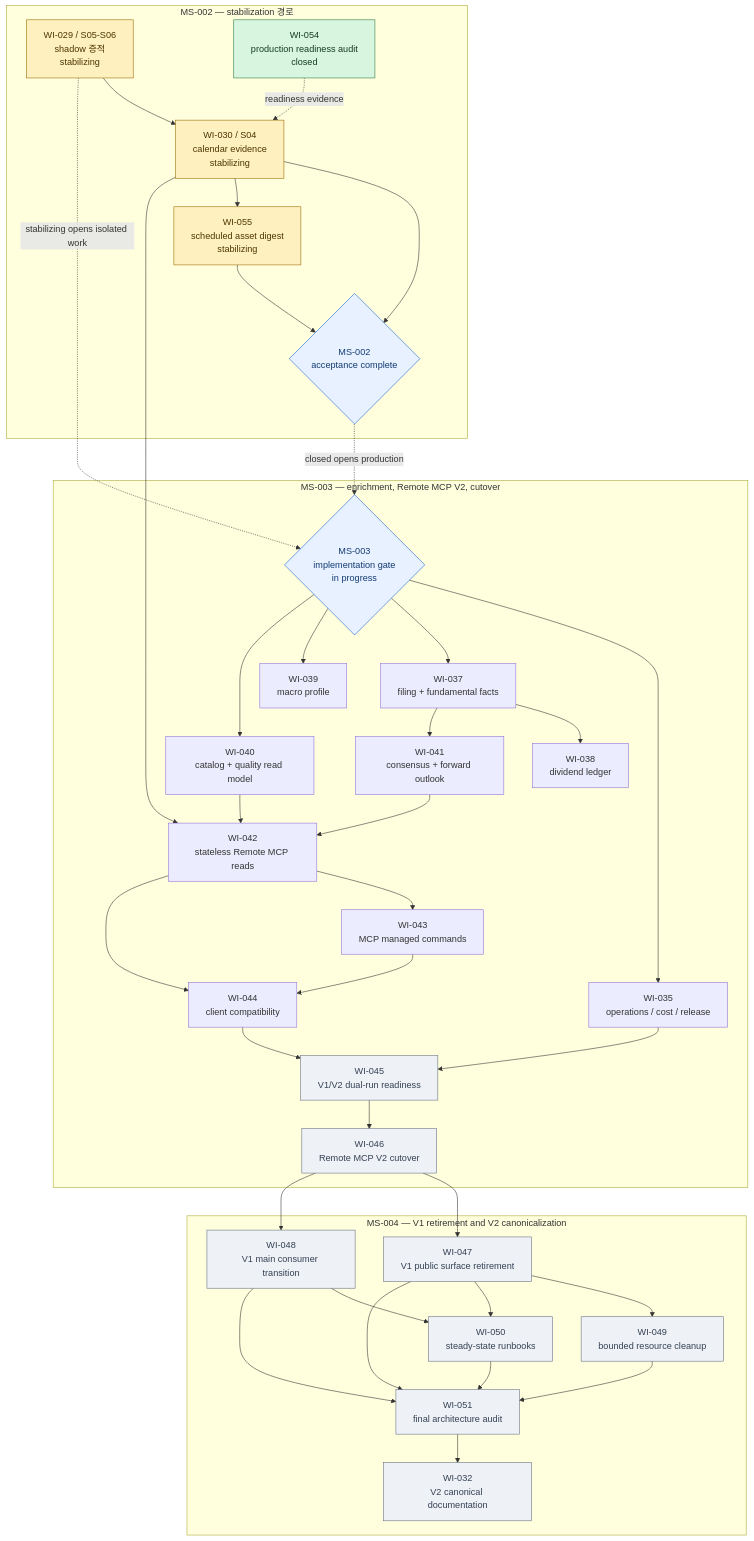
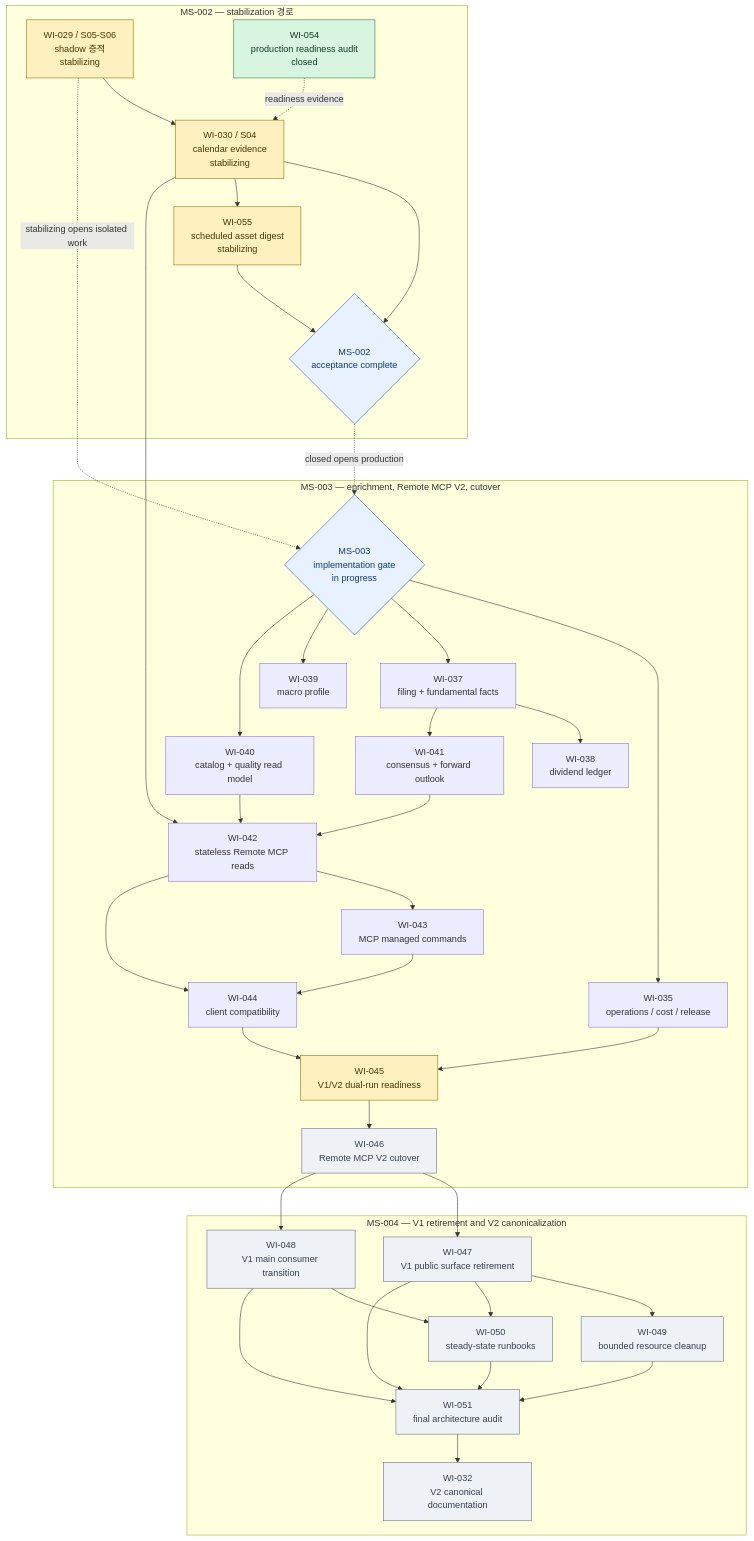
The third of 3 diagrams in docs/milestones/README.md (meringue5/KIS_Portfolio_MCP), drawn with Mermaid before and after one commit. The commit also changed other lines of this file and 3 other files, not shown here.

````diff
--- a/docs/milestones/README.md
+++ b/docs/milestones/README.md
@@ -144,80 +144,81 @@
 ```mermaid
 flowchart TB
     subgraph M2["MS-002 — stabilization 경로"]
         W29["WI-029 / S05-S06<br/>shadow 증적<br/>stabilizing"]
         W30["WI-030 / S04<br/>calendar evidence<br/>stabilizing"]
         W54["WI-054<br/>production readiness audit<br/>closed"]
         W55["WI-055<br/>scheduled asset digest<br/>stabilizing"]
         M2DONE{"MS-002<br/>acceptance complete"}
         W29 --> W30 --> M2DONE
         W30 --> W55 --> M2DONE
         W54 -. readiness evidence .-> W30
     end
 
     subgraph M3["MS-003 — enrichment, Remote MCP V2, cutover"]
         M3OPEN{"MS-003<br/>implementation gate<br/>in progress"}
         W35["WI-035<br/>operations / cost / release"]
         W37["WI-037<br/>filing + fundamental facts"]
         W38["WI-038<br/>dividend ledger"]
         W39["WI-039<br/>macro profile"]
         W40["WI-040<br/>catalog + quality read model"]
         W41["WI-041<br/>consensus + forward outlook"]
         W42["WI-042<br/>stateless Remote MCP reads"]
         W43["WI-043<br/>MCP managed commands"]
         W44["WI-044<br/>client compatibility"]
         W45["WI-045<br/>V1/V2 dual-run readiness"]
         W46["WI-046<br/>Remote MCP V2 cutover"]
 
         M3OPEN --> W35
         M3OPEN --> W37
         M3OPEN --> W39
         M3OPEN --> W40
         W37 --> W38
         W37 --> W41
         W30 --> W42
         W40 --> W42
         W41 --> W42
         W42 --> W43
         W42 --> W44
         W43 --> W44
         W35 --> W45
         W44 --> W45 --> W46
     end
 
     subgraph M4["MS-004 — V1 retirement and V2 canonicalization"]
         W47["WI-047<br/>V1 public surface retirement"]
         W48["WI-048<br/>V1 main consumer transition"]
         W49["WI-049<br/>bounded resource cleanup"]
         W50["WI-050<br/>steady-state runbooks"]
         W51["WI-051<br/>final architecture audit"]
         W32["WI-032<br/>V2 canonical documentation"]
 
         W46 --> W47
         W46 --> W48
         W47 --> W49
         W47 --> W50
         W48 --> W50
         W47 --> W51
         W48 --> W51
         W49 --> W51
         W50 --> W51
         W51 --> W32
     end
 
     W29 -. stabilizing opens isolated work .-> M3OPEN
     M2DONE -. closed opens production .-> M3OPEN
 
     classDef active fill:#fff1bf,stroke:#9a6b00,color:#4b3500;
     classDef closed fill:#d7f5df,stroke:#2d7a46,color:#173b24;
     classDef ready fill:#e8f1ff,stroke:#175cd3,color:#123b72;
     classDef blocked fill:#fde2e2,stroke:#b42318,color:#5b1712;
     classDef proposed fill:#eef1f5,stroke:#667085,color:#344054;
     classDef gate fill:#e8f1ff,stroke:#175cd3,color:#123b72;
     class W29,W30 active;
     class W54 closed;
     class W55 active;
     class W35,W40 verified;
     class W37,W38,W39,W41,W42,W43,W44 verified;
-    class W45,W46,W47,W48,W49,W50,W51,W32 proposed;
+    class W45 active;
+    class W46,W47,W48,W49,W50,W51,W32 proposed;
     class M2DONE,M3OPEN gate;
 ```
````
